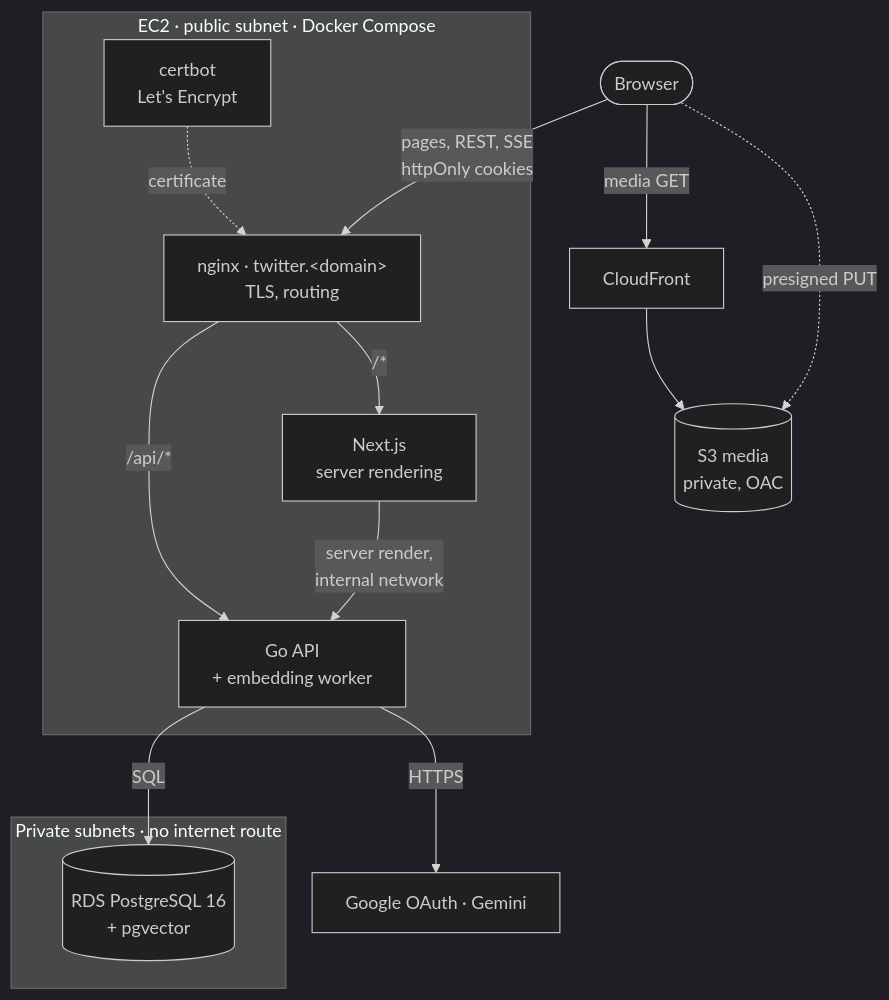
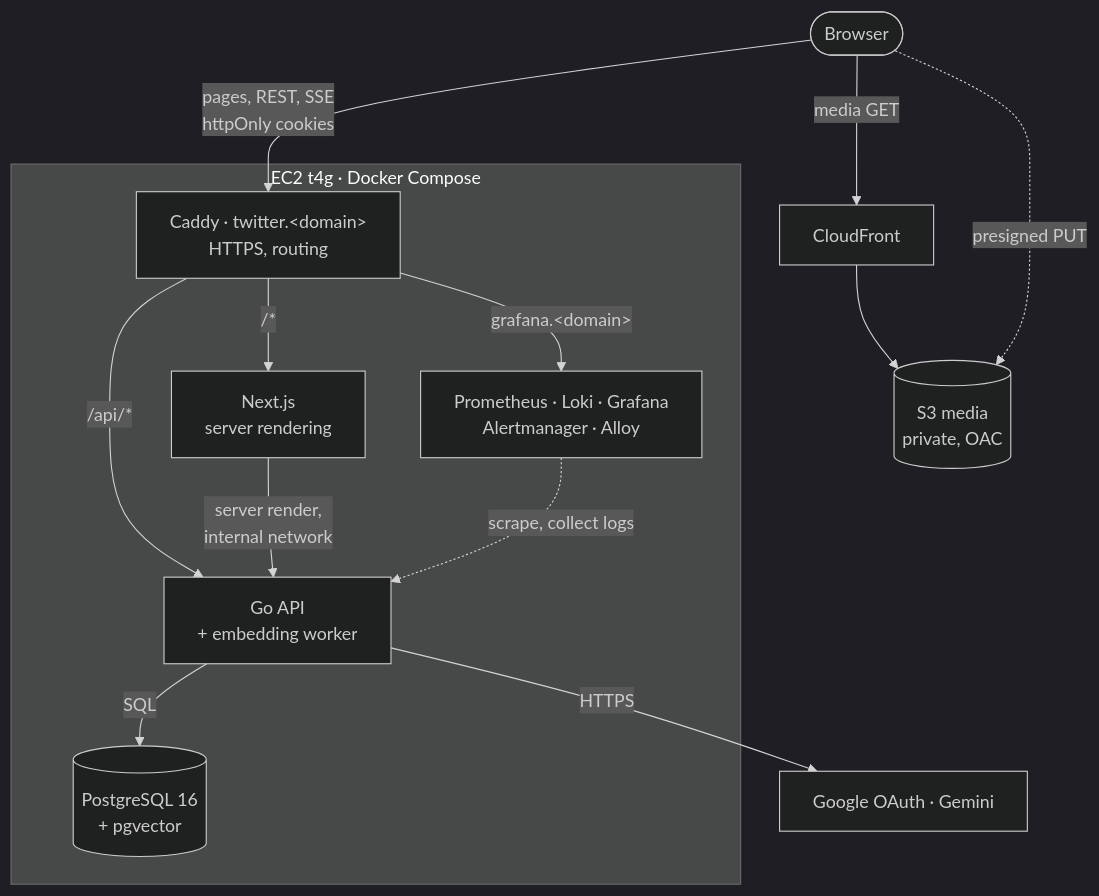
The first of 2 diagrams in README.md (feifxi/twitter-clone), drawn with Mermaid (dark theme) before and after one commit. The commit also changed other lines of this file and 92 other files, not shown here.

````diff
--- a/README.md
+++ b/README.md
@@ -36,28 +36,26 @@
 ```mermaid
 flowchart TB
   user(["Browser"])
   cf["CloudFront"]
   s3[("S3 media<br/>private, OAC")]
 
-  subgraph ec2["EC2 · public subnet · Docker Compose"]
-    nginx["nginx · twitter.&lt;domain&gt;<br/>TLS, routing"]
-    certbot["certbot<br/>Let's Encrypt"]
+  subgraph ec2["EC2 t4g · Docker Compose"]
+    caddy["Caddy · twitter.&lt;domain&gt;<br/>HTTPS, routing"]
     web["Next.js<br/>server rendering"]
     api["Go API<br/>+ embedding worker"]
-    nginx -- "/*" --> web
-    nginx -- "/api/*" --> api
-    certbot -. "certificate" .-> nginx
+    pg[("PostgreSQL 16<br/>+ pgvector")]
+    mon["Prometheus · Loki · Grafana<br/>Alertmanager · Alloy"]
+    caddy -- "/*" --> web
+    caddy -- "/api/*" --> api
+    caddy -- "grafana.&lt;domain&gt;" --> mon
     web -- "server render,<br/>internal network" --> api
-  end
-
-  subgraph priv["Private subnets · no internet route"]
-    rds[("RDS PostgreSQL 16<br/>+ pgvector")]
+    api -- SQL --> pg
+    mon -. "scrape, collect logs" .-> api
   end
   ext["Google OAuth · Gemini"]
 
-  user -- "pages, REST, SSE<br/>httpOnly cookies" --> nginx
+  user -- "pages, REST, SSE<br/>httpOnly cookies" --> caddy
   user -- "media GET" --> cf --> s3
   user -. "presigned PUT" .-> s3
-  api -- SQL --> rds
   api -- HTTPS --> ext
 ```
````
